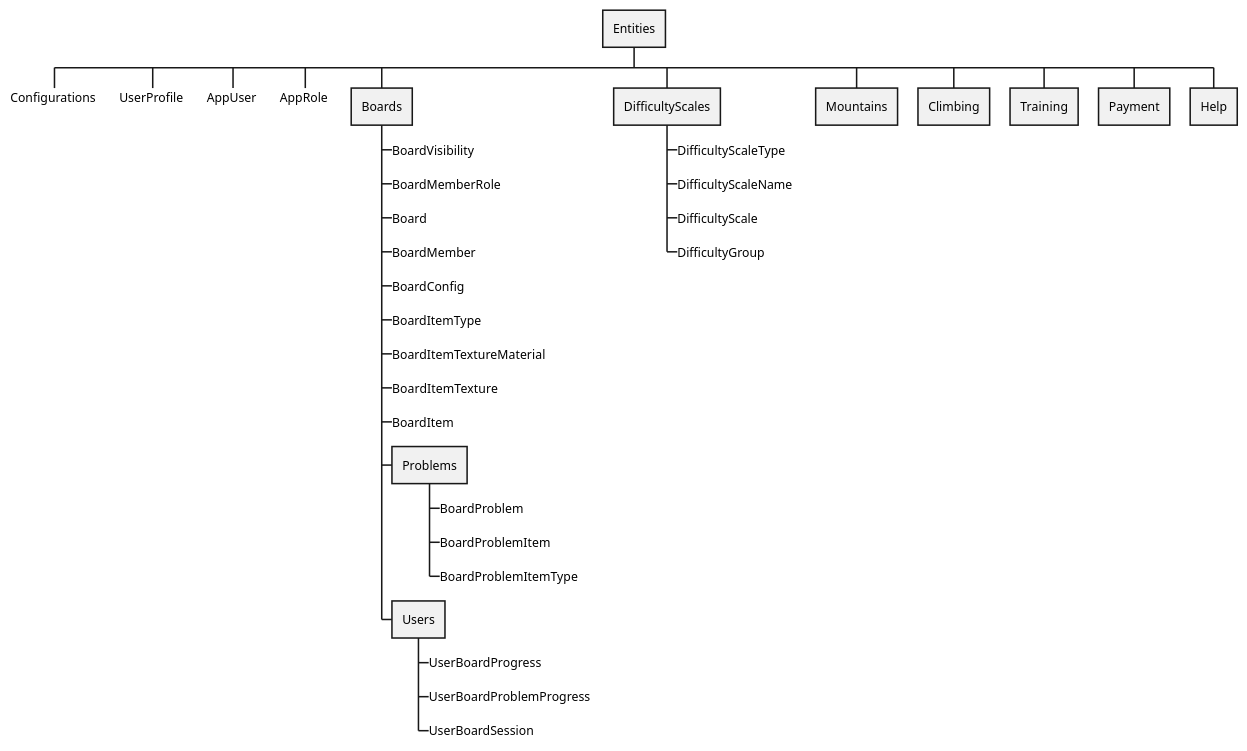
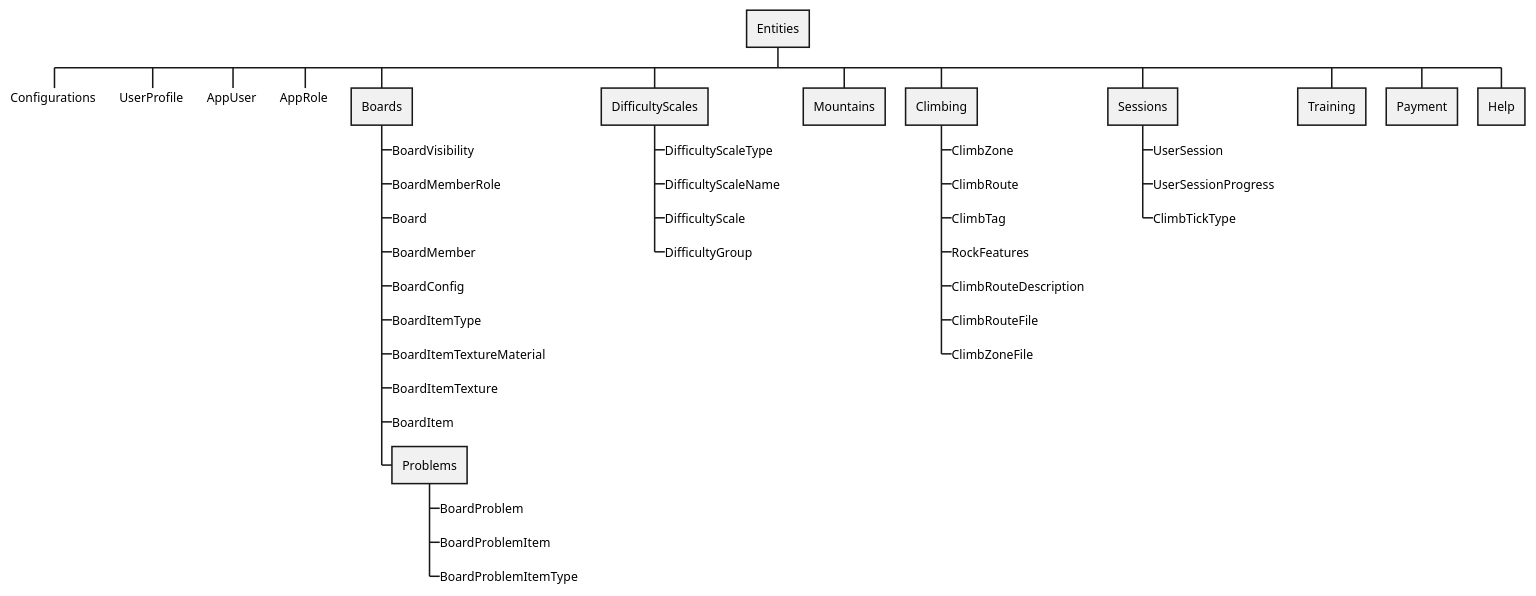
The diagram in Docs/Diagrams/Package.puml (julyoc/ClimbEdge), drawn with PlantUML before and after one commit. The commit also changed 3 other files, not shown here.

```diff
--- a/Docs/Diagrams/Package.puml
+++ b/Docs/Diagrams/Package.puml
@@ -1,37 +1,44 @@
 @startwbs Packages Diagram
 
 * Entities
 **_> Configurations
 **_> UserProfile
 **_> AppUser
 **_> AppRole
 ** Boards
 ***_> BoardVisibility <<enum>>
 ***_> BoardMemberRole <<enum>>
 ***_> Board
 ***_> BoardMember
 ***_> BoardConfig
 ***_> BoardItemType
 ***_> BoardItemTextureMaterial
 ***_> BoardItemTexture
 ***_> BoardItem
 *** Problems
 ****_> BoardProblem
 ****_> BoardProblemItem
 ****_> BoardProblemItemType
-*** Users
-****_> UserBoardProgress
-****_> UserBoardProblemProgress
-****_> UserBoardSession
 ** DifficultyScales
 ***_> DifficultyScaleType
 ***_> DifficultyScaleName
 ***_> DifficultyScale
 ***_> DifficultyGroup
 ** Mountains
 ** Climbing
+***_> ClimbZone
+***_> ClimbRoute
+***_> ClimbTag
+***_> RockFeatures
+***_> ClimbRouteDescription
+***_> ClimbRouteFile
+***_> ClimbZoneFile
+** Sessions
+***_> UserSession
+***_> UserSessionProgress
+***_> ClimbTickType <<enum>>
 ** Training
 ** Payment
 ** Help
 
 @endwbs
```
